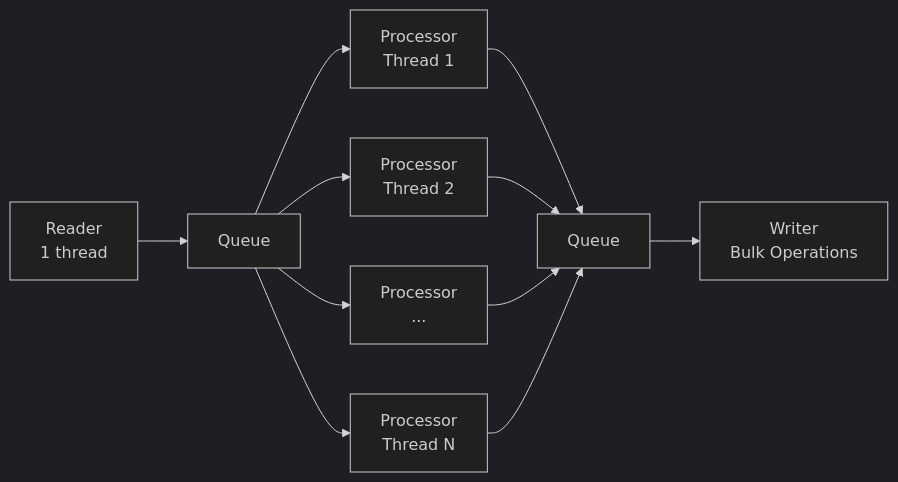
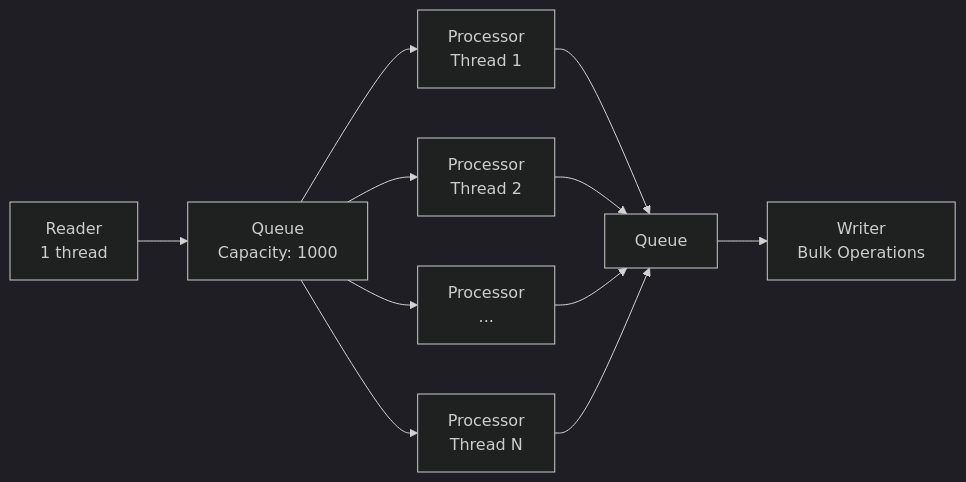
One commit to hahuaranga/dvsmart_indexing_api changed the fifth of 8 diagrams in README.md. Above: the diagram before and after it, drawn with Mermaid (dark theme). The commit also changed other lines of this file and 7 other files, not shown here.

````diff
--- a/README.md
+++ b/README.md
@@ -218,15 +275,15 @@
 ```mermaid
 flowchart LR
-    R[Reader<br/>1 thread] --> Q1[Queue]
+    R[Reader<br/>1 thread] --> Q1[Queue<br/>Capacity: 1000]
     Q1 --> P1[Processor<br/>Thread 1]
     Q1 --> P2[Processor<br/>Thread 2]
     Q1 --> P3[Processor<br/>...]
     Q1 --> PN[Processor<br/>Thread N]
     
     P1 --> Q2[Queue]
     P2 --> Q2
     P3 --> Q2
     PN --> Q2
     
     Q2 --> W[Writer<br/>Bulk Operations]
 ```
````
